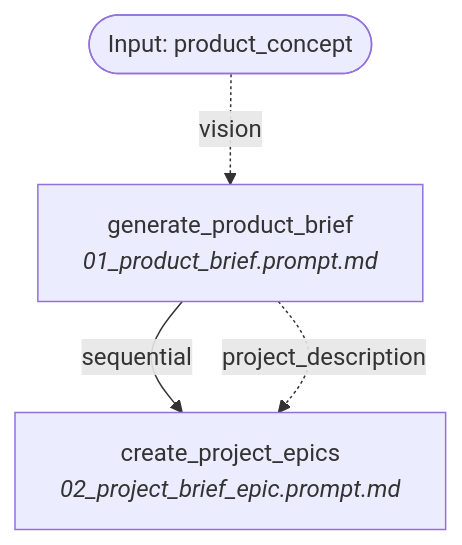
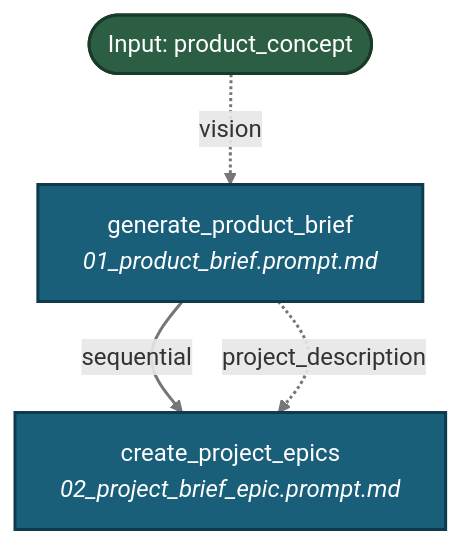
One commit to fderuiter/proompts changed the diagram in docs/workflows/agentic_coding.md. Above: the diagram before and after it, drawn with Mermaid. The commit also changed 267 other files, not shown here.

````diff
--- a/docs/workflows/agentic_coding.md
+++ b/docs/workflows/agentic_coding.md
@@ -11,9 +11,12 @@
 ```mermaid
 graph TD
-    INPUT_product_concept([Input: product_concept])
-    generate_product_brief[generate_product_brief<br><i>01_product_brief.prompt.md</i>]
+    classDef stepNode fill:#1a5f7a,stroke:#0d3a4d,stroke-width:2px,color:#ffffff;
+    classDef inputNode fill:#2c5e43,stroke:#183b27,stroke-width:2px,color:#ffffff;
+    INPUT_product_concept([Input: product_concept]):::inputNode
+    generate_product_brief[generate_product_brief<br><i>01_product_brief.prompt.md</i>]:::stepNode
     INPUT_product_concept -. vision .-> generate_product_brief
     generate_product_brief -->|sequential| create_project_epics
-    create_project_epics[create_project_epics<br><i>02_project_brief_epic.prompt.md</i>]
+    create_project_epics[create_project_epics<br><i>02_project_brief_epic.prompt.md</i>]:::stepNode
     generate_product_brief -. project_description .-> create_project_epics
+    linkStyle default stroke:#767676,stroke-width:2px;
 ```
````
